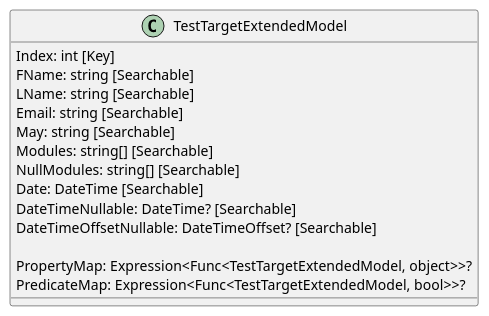
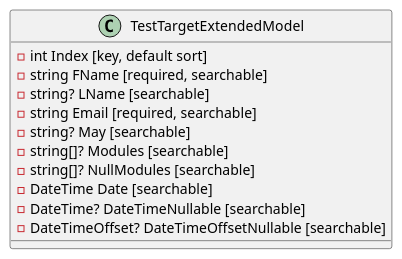
The third of 5 diagrams in docs/generated/Framework/Eliassen.System.Tests/Linq/TestTargets/Documentation.md (mwwhited-forks/dotnet-libs), drawn with PlantUML before and after one commit. The commit also changed other lines of this file and 444 other files, not shown here.

````diff
--- a/docs/generated/Framework/Eliassen.System.Tests/Linq/TestTargets/Documentation.md
+++ b/docs/generated/Framework/Eliassen.System.Tests/Linq/TestTargets/Documentation.md
@@ -115,20 +39,16 @@
 ```plantuml
 @startuml
 class TestTargetExtendedModel {
-  Index: int [Key]
-  FName: string [Searchable]
-  LName: string [Searchable]
-  Email: string [Searchable]
-  May: string [Searchable]
-  Modules: string[] [Searchable]
-  NullModules: string[] [Searchable]
-  Date: DateTime [Searchable]
-  DateTimeNullable: DateTime? [Searchable]
-  DateTimeOffsetNullable: DateTimeOffset? [Searchable]
-
-  PropertyMap: Expression<Func<TestTargetExtendedModel, object>>?
-  PredicateMap: Expression<Func<TestTargetExtendedModel, bool>>?
+    - int Index [key, default sort]
+    - string FName [required, searchable]
+    - string? LName [searchable]
+    - string Email [required, searchable]
+    - string? May [searchable]
+    - string[]? Modules [searchable]
+    - string[]? NullModules [searchable]
+    - DateTime Date [searchable]
+    - DateTime? DateTimeNullable [searchable]
+    - DateTimeOffset? DateTimeOffsetNullable [searchable]
 }
-
 @enduml
 ```
````
